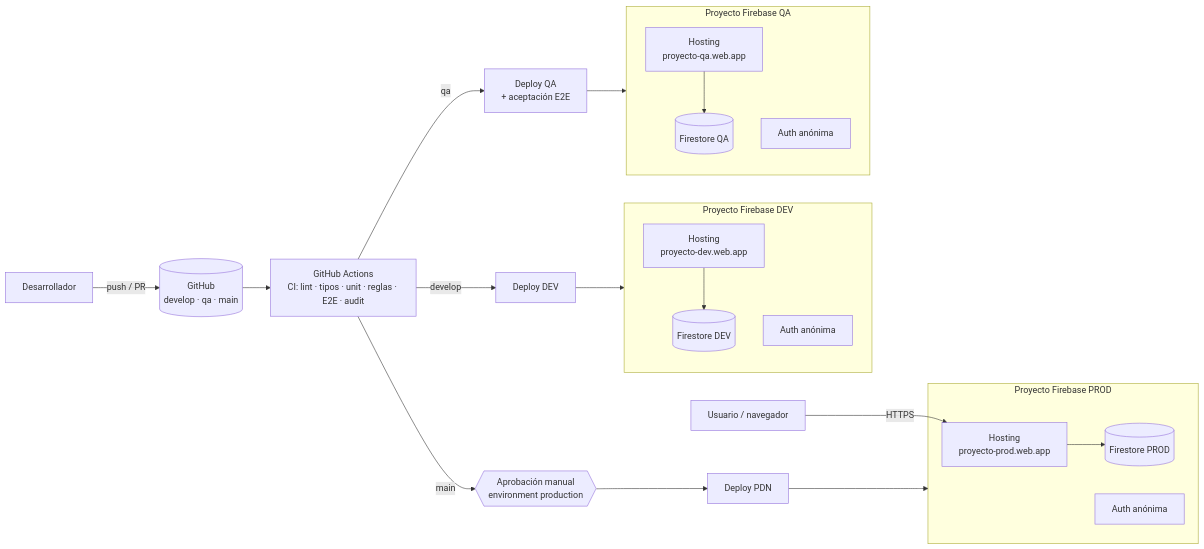
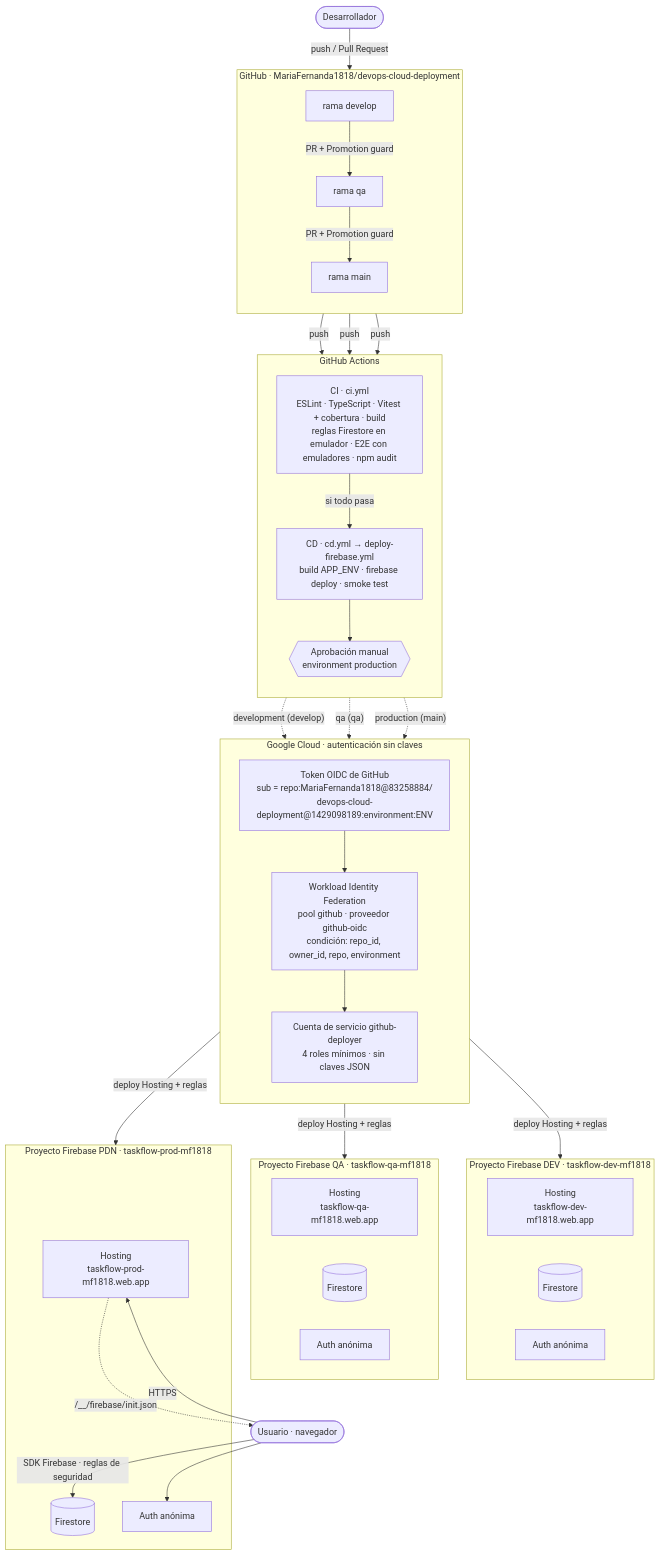
Before and after one commit to MariaFernanda1818/devops-cloud-deployment: the first of 3 diagrams in README.md, drawn with Mermaid. The commit also changed other lines of this file and 7 other files, not shown here.

````diff
--- a/README.md
+++ b/README.md
@@ -59,27 +104,59 @@
 ```mermaid
-flowchart LR
-  dev[Desarrollador] -- push / PR --> gh[(GitHub<br/>develop · qa · main)]
-  gh --> ci[GitHub Actions<br/>CI: lint · tipos · unit · reglas · E2E · audit]
-  ci -- develop --> dDEV[Deploy DEV]
-  ci -- qa --> dQA[Deploy QA<br/>+ aceptación E2E]
-  ci -- main --> appr{{Aprobación manual<br/>environment production}}
-  appr --> dPROD[Deploy PDN]
+flowchart TB
+  dev([Desarrollador]) -->|push / Pull Request| gh
 
-  subgraph pDEV[Proyecto Firebase DEV]
-    hDEV[Hosting<br/>proyecto-dev.web.app] --> fDEV[(Firestore DEV)]
-    aDEV[Auth anónima]
-  end
-  subgraph pQA[Proyecto Firebase QA]
-    hQA[Hosting<br/>proyecto-qa.web.app] --> fQA[(Firestore QA)]
-    aQA[Auth anónima]
-  end
-  subgraph pPROD[Proyecto Firebase PROD]
-    hPROD[Hosting<br/>proyecto-prod.web.app] --> fPROD[(Firestore PROD)]
-    aPROD[Auth anónima]
+  subgraph gh[GitHub · MariaFernanda1818/devops-cloud-deployment]
+    direction TB
+    bd[rama develop] -->|PR + Promotion guard| bq[rama qa]
+    bq -->|PR + Promotion guard| bm[rama main]
   end
 
-  dDEV --> pDEV
-  dQA --> pQA
-  dPROD --> pPROD
-  user[Usuario / navegador] -- HTTPS --> hPROD
+  subgraph gha[GitHub Actions]
+    direction TB
+    ci[CI · ci.yml<br/>ESLint · TypeScript · Vitest + cobertura · build<br/>reglas Firestore en emulador · E2E con emuladores · npm audit]
+    cd[CD · cd.yml → deploy-firebase.yml<br/>build APP_ENV · firebase deploy · smoke test]
+    appr{{Aprobación manual<br/>environment production}}
+    ci -->|si todo pasa| cd
+  end
+
+  bd -->|push| ci
+  bq -->|push| ci
+  bm -->|push| ci
+
+  subgraph gcp[Google Cloud · autenticación sin claves]
+    direction TB
+    oidc[Token OIDC de GitHub<br/>sub = repo:MariaFernanda1818@83258884/<br/>devops-cloud-deployment@1429098189:environment:ENV]
+    wif[Workload Identity Federation<br/>pool github · proveedor github-oidc<br/>condición: repo_id, owner_id, repo, environment]
+    sa[Cuenta de servicio github-deployer<br/>4 roles mínimos · sin claves JSON]
+    oidc --> wif --> sa
+  end
+
+  cd -. "development (develop)" .-> oidc
+  cd -. "qa (qa)" .-> oidc
+  cd --> appr -. "production (main)" .-> oidc
+
+  subgraph pdev[Proyecto Firebase DEV · taskflow-dev-mf1818]
+    hdev[Hosting<br/>taskflow-dev-mf1818.web.app]
+    fdev[(Firestore)]
+    adev[Auth anónima]
+  end
+  subgraph pqa[Proyecto Firebase QA · taskflow-qa-mf1818]
+    hqa[Hosting<br/>taskflow-qa-mf1818.web.app]
+    fqa[(Firestore)]
+    aqa[Auth anónima]
+  end
+  subgraph pprod[Proyecto Firebase PDN · taskflow-prod-mf1818]
+    hprod[Hosting<br/>taskflow-prod-mf1818.web.app]
+    fprod[(Firestore)]
+    aprod[Auth anónima]
+  end
+
+  sa -->|deploy Hosting + reglas| pdev
+  sa -->|deploy Hosting + reglas| pqa
+  sa -->|deploy Hosting + reglas| pprod
+
+  user([Usuario · navegador]) -->|HTTPS| hprod
+  hprod -. "/__/firebase/init.json" .-> user
+  user -->|SDK Firebase · reglas de seguridad| fprod
+  user --> aprod
 ```
````
